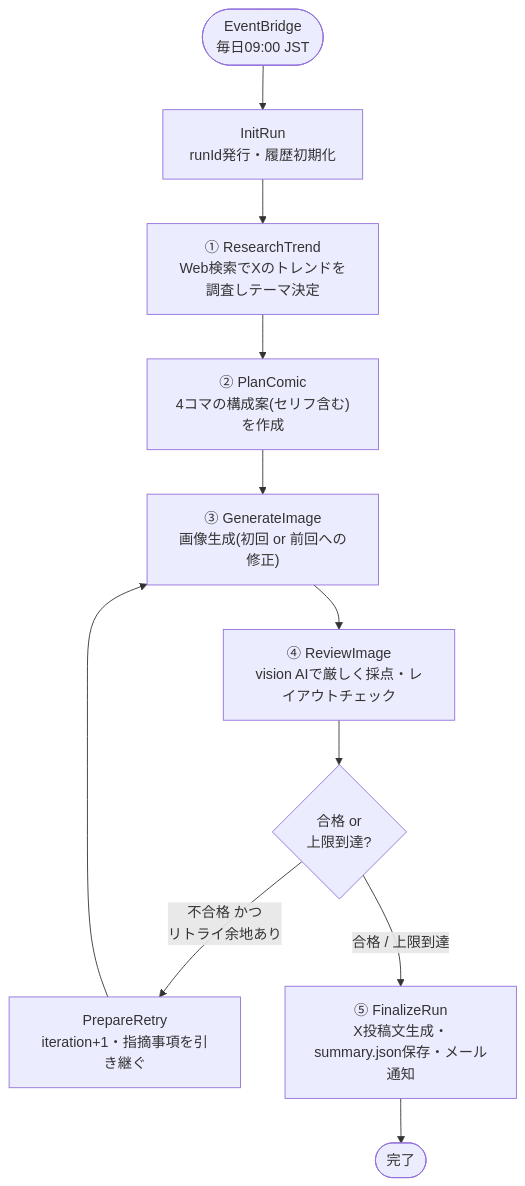
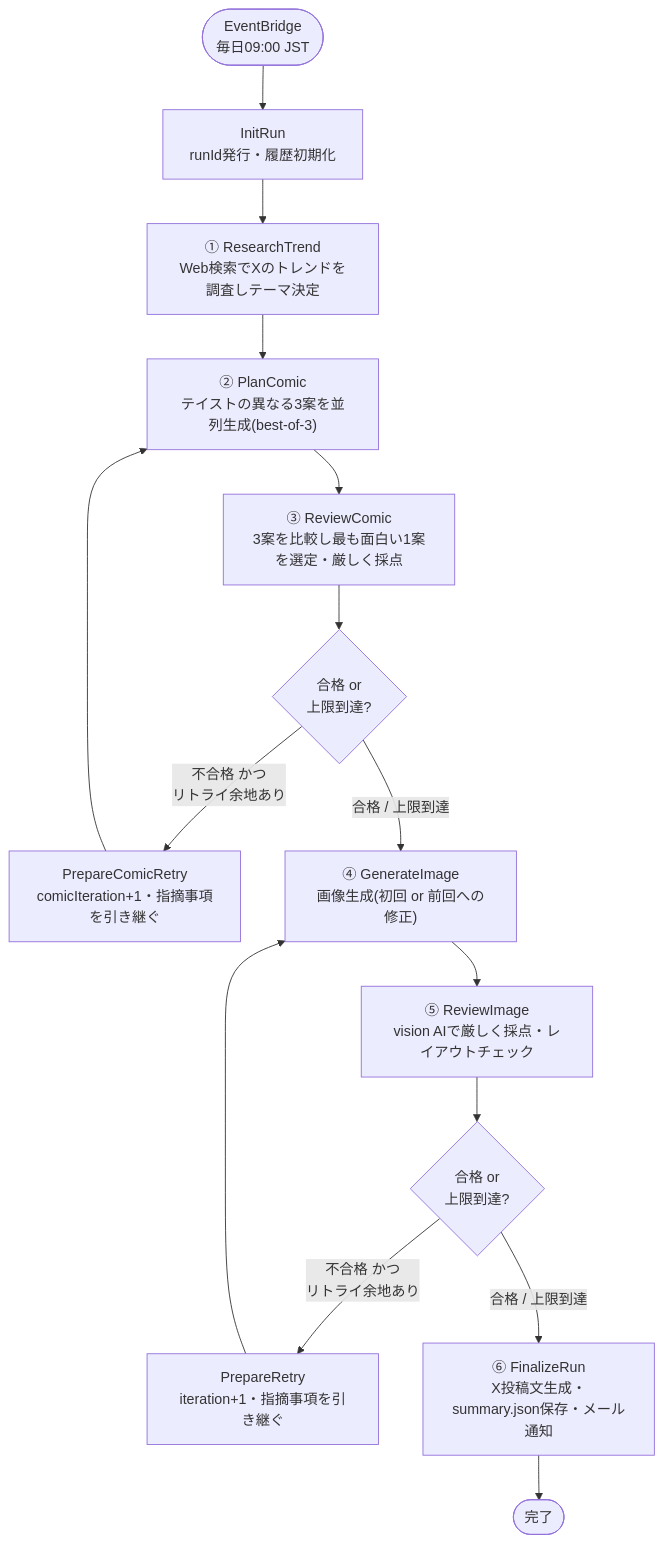
One commit to zzzzico12/x-trend-4koma changed the diagram in README.md. Above: the diagram before and after it, drawn with Mermaid. The commit also changed other lines of this file and 10 other files, not shown here.

First line of the commit message:
Separate joke-quality review from image review, add best-of-N and feedback loop

````diff
--- a/README.md
+++ b/README.md
@@ -9,13 +12,17 @@
 ```mermaid
 flowchart TD
     Start(["EventBridge<br/>毎日09:00 JST"]) --> InitRun["InitRun<br/>runId発行・履歴初期化"]
     InitRun --> ResearchTrend["① ResearchTrend<br/>Web検索でXのトレンドを調査しテーマ決定"]
-    ResearchTrend --> PlanComic["② PlanComic<br/>4コマの構成案(セリフ含む)を作成"]
-    PlanComic --> GenerateImage["③ GenerateImage<br/>画像生成(初回 or 前回への修正)"]
-    GenerateImage --> ReviewImage["④ ReviewImage<br/>vision AIで厳しく採点・レイアウトチェック"]
+    ResearchTrend --> PlanComic["② PlanComic<br/>テイストの異なる3案を並列生成(best-of-3)"]
+    PlanComic --> ReviewComic["③ ReviewComic<br/>3案を比較し最も面白い1案を選定・厳しく採点"]
+    ReviewComic --> ComicChoice{"合格 or<br/>上限到達?"}
+    ComicChoice -- "不合格 かつ<br/>リトライ余地あり" --> PrepareComicRetry["PrepareComicRetry<br/>comicIteration+1・指摘事項を引き継ぐ"]
+    PrepareComicRetry --> PlanComic
+    ComicChoice -- "合格 / 上限到達" --> GenerateImage["④ GenerateImage<br/>画像生成(初回 or 前回への修正)"]
+    GenerateImage --> ReviewImage["⑤ ReviewImage<br/>vision AIで厳しく採点・レイアウトチェック"]
     ReviewImage --> Choice{"合格 or<br/>上限到達?"}
     Choice -- "不合格 かつ<br/>リトライ余地あり" --> PrepareRetry["PrepareRetry<br/>iteration+1・指摘事項を引き継ぐ"]
     PrepareRetry --> GenerateImage
-    Choice -- "合格 / 上限到達" --> FinalizeRun["⑤ FinalizeRun<br/>X投稿文生成・summary.json保存・メール通知"]
+    Choice -- "合格 / 上限到達" --> FinalizeRun["⑥ FinalizeRun<br/>X投稿文生成・summary.json保存・メール通知"]
     FinalizeRun --> End(["完了"])
 ```
````
